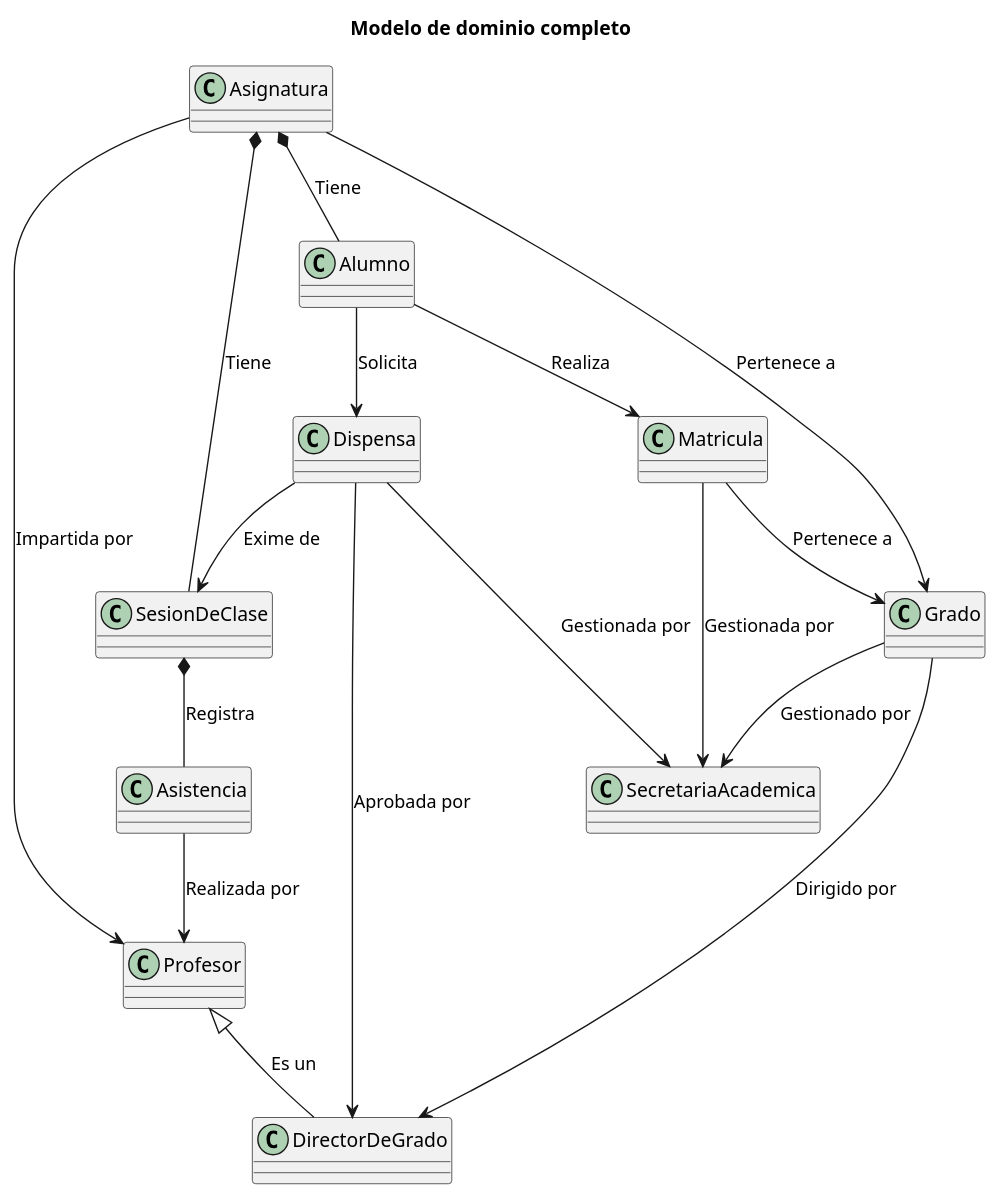
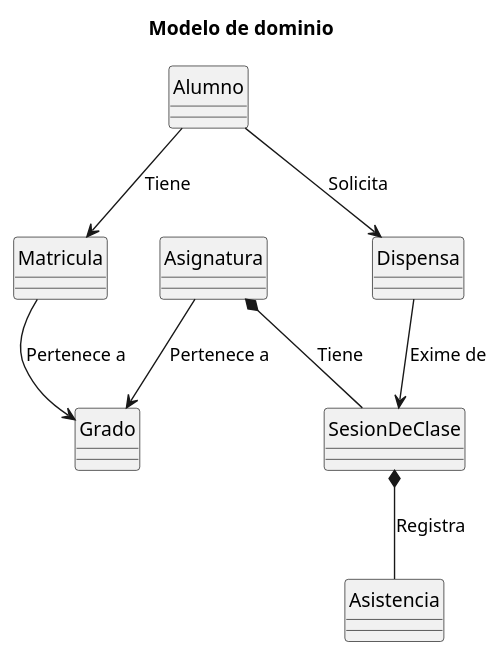
The diagram in documents/ModeloDelDominio/DiagramasDeClase/ModeloCompleto.puml (enmabry/25-26-IdSw1-SdR), drawn with PlantUML before and after one commit. The commit also changed 21 other files, not shown here.

```diff
--- a/documents/ModeloDelDominio/DiagramasDeClase/ModeloCompleto.puml
+++ b/documents/ModeloDelDominio/DiagramasDeClase/ModeloCompleto.puml
@@ -1,32 +1,23 @@
 @startuml
-
-title Modelo de dominio completo
+title Modelo de dominio 
+skinparam style strictuml
 
 class Alumno
 class Matricula
 class Asignatura
 class Dispensa
 class Asistencia
-class Profesor
+class SesionDeClase
 class Grado
-class DirectorDeGrado
-class SecretariaAcademica 
-class SesionDeClase
 
-Alumno --> Matricula : Realiza
+Alumno --> Matricula : Tiene
 Alumno --> Dispensa : Solicita
+
 Matricula --> Grado : Pertenece a
-Matricula --> SecretariaAcademica : Gestionada por
+
 Asignatura --> Grado : Pertenece a
-Asignatura *-- Alumno : Tiene
 Asignatura *-- SesionDeClase : Tiene
-Asignatura --> Profesor : Impartida por
+
 SesionDeClase *-- Asistencia : Registra
-Asistencia --> Profesor : Realizada por
 Dispensa --> SesionDeClase : Exime de
-Dispensa --> DirectorDeGrado : Aprobada por
-Dispensa --> SecretariaAcademica : Gestionada por
-Grado --> DirectorDeGrado : Dirigido por
-Grado --> SecretariaAcademica : Gestionado por
-DirectorDeGrado -u-|> Profesor : Es un
 @enduml
```
